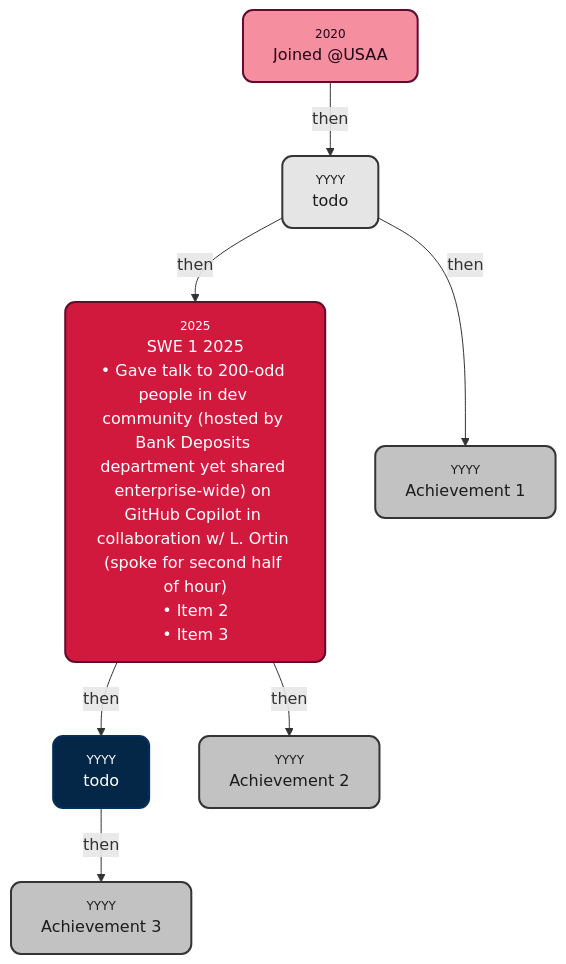
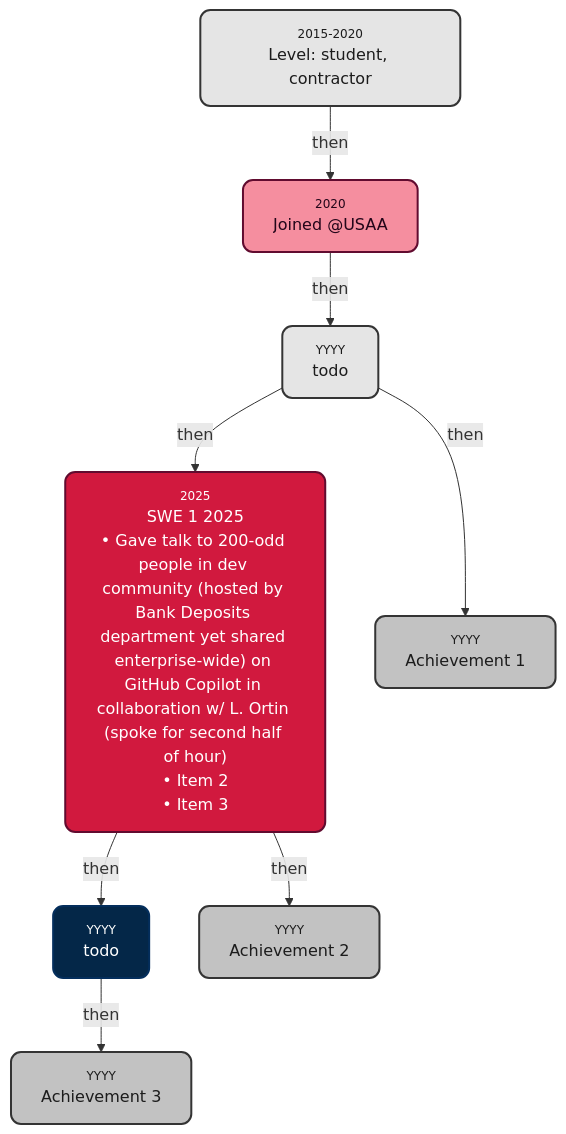
The diagram in README.md (s-sepanski/portfolio), drawn with Mermaid before and after one commit. The commit also changed other lines of this file, not shown here.

Commit message:
chore: add node

````diff
--- a/README.md
+++ b/README.md
@@ -22,18 +25,20 @@
 ```mermaid
 graph TD
-    A["<div style='font-size:75%; color:#848484; text-align:center;'>2020</div>Joined @USAA"] -->|then| B["<div style='font-size:75%; color:#848484; text-align:center;'>YYYY</div>todo"]
+    NewNode["<div style='font-size:75%; color:#848484; text-align:center;'>2015-2020</div>Level: student, contractor"] -->|then| A["<div style='font-size:75%; color:#848484; text-align:center;'>2020</div>Joined @USAA"]
+    A -->|then| B["<div style='font-size:75%; color:#848484; text-align:center;'>YYYY</div>todo"]
     B -->|then| C["<div style='font-size:75%; color:#848484; text-align:center;'>2025</div>SWE 1 2025<br>• Gave talk to 200-odd people in dev community (hosted by Bank Deposits department yet shared enterprise-wide) on GitHub Copilot in collaboration w/ L. Ortin (spoke for second half of hour)<br>• Item 2<br>• Item 3"]
     C -->|then| D["<div style='font-size:75%; color:#848484; text-align:center;'>YYYY</div>todo"]
     B -->|then| E["<div style='font-size:75%; color:#848484; text-align:center;'>YYYY</div>Achievement 1"]
     C -->|then| F["<div style='font-size:75%; color:#848484; text-align:center;'>YYYY</div>Achievement 2"]
     D -->|then| G["<div style='font-size:75%; color:#848484; text-align:center;'>YYYY</div>Achievement 3"]
+    style NewNode fill:#e5e5e5,stroke:#343434,stroke-width:2px,color:#1c1c1c
     style A fill:#f58e9f,stroke:#610b2f,stroke-width:2px,color:#230519
     style B fill:#e5e5e5,stroke:#343434,stroke-width:2px,color:#1c1c1c
     style C fill:#d1193e,stroke:#610b2f,stroke-width:2px,color:#FFFFFF
     style D fill:#042748,stroke:#042e5c,stroke-width:2px,color:#FFFFFF
     style E fill:#c2c2c2,stroke:#343434,stroke-width:2px,color:#1c1c1c
     style F fill:#c2c2c2,stroke:#343434,stroke-width:2px,color:#1c1c1c
     style G fill:#c2c2c2,stroke:#343434,stroke-width:2px,color:#1c1c1c
     classDef rounded stroke-width:2px,rx:10,ry:10;
-    class A,B,C,D,E,F,G rounded;
+    class NewNode,A,B,C,D,E,F,G rounded;
 ```
````
